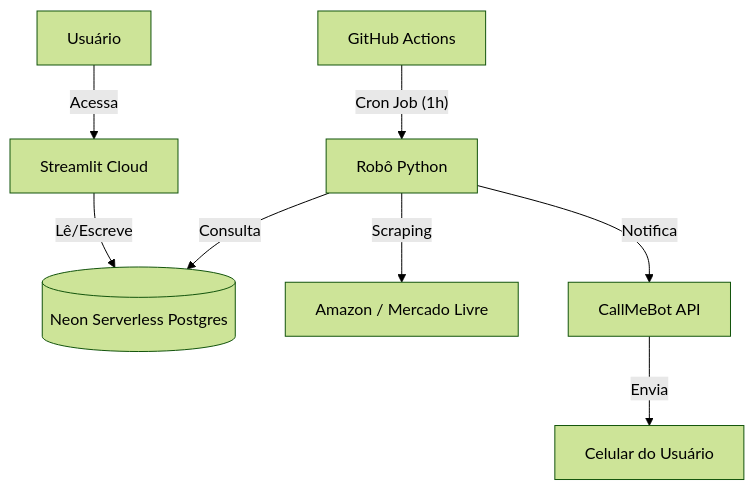
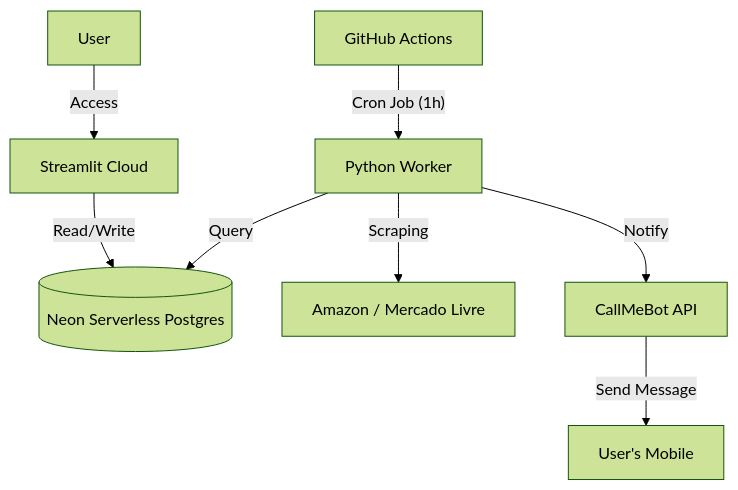
Before and after one commit to kenjishimizu2411/price_stalker: the diagram in README.md, drawn with Mermaid (forest theme). The commit also changed other lines of this file, not shown here.

````diff
--- a/README.md
+++ b/README.md
@@ -34,11 +34,10 @@
 ```mermaid
 graph TD
-    User["Usuário"] -->|Acessa| Frontend["Streamlit Cloud"]
-    Frontend -->|"Lê/Escreve"| DB[("Neon Serverless Postgres")]
-    
-    GitHub["GitHub Actions"] -->|"Cron Job (1h)"| Scraper["Robô Python"]
-    Scraper -->|Consulta| DB
+    User["User"] -->|Access| Frontend["Streamlit Cloud"]
+    Frontend -->|"Read/Write"| DB[("Neon Serverless Postgres")]
+    GitHub["GitHub Actions"] -->|"Cron Job (1h)"| Scraper["Python Worker"]
+    Scraper -->|Query| DB
     Scraper -->|Scraping| ECommerce["Amazon / Mercado Livre"]
-    Scraper -->|Notifica| WhatsApp["CallMeBot API"]
-    WhatsApp -->|Envia| UserPhone["Celular do Usuário"]
+    Scraper -->|Notify| WhatsApp["CallMeBot API"]
+    WhatsApp -->|Send Message| UserPhone["User's Mobile"]
 ```
````
